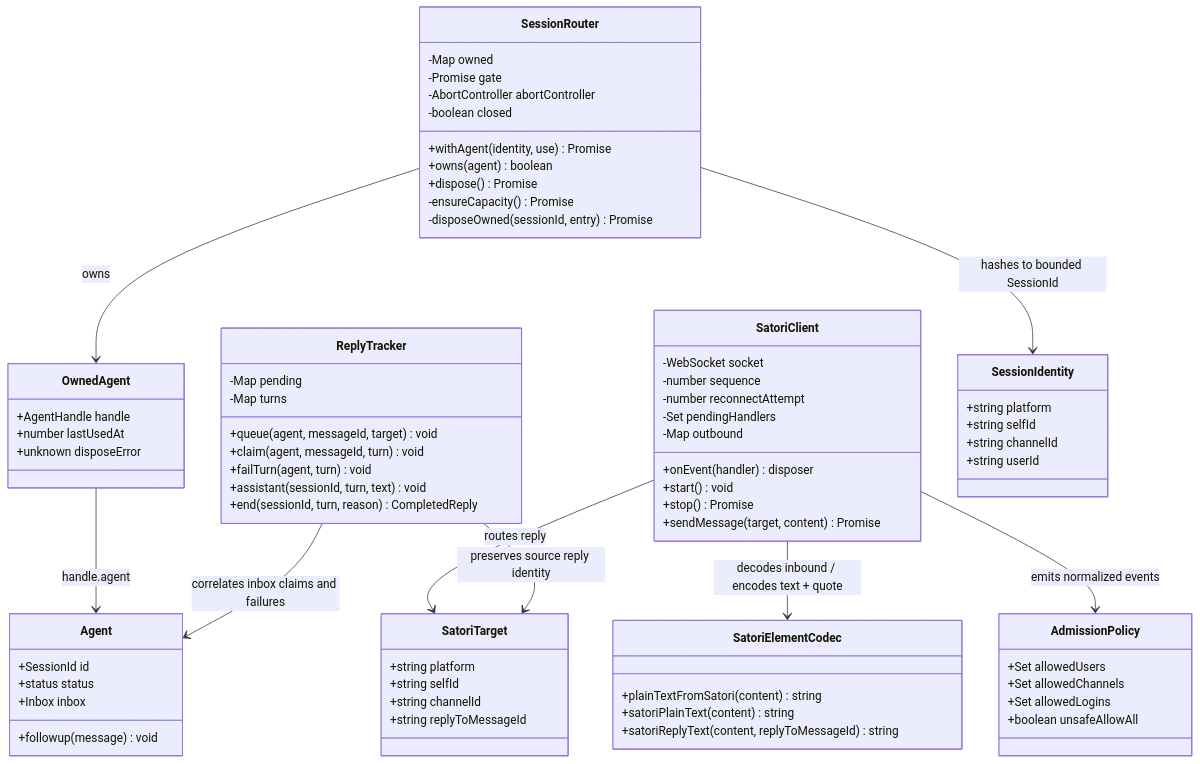
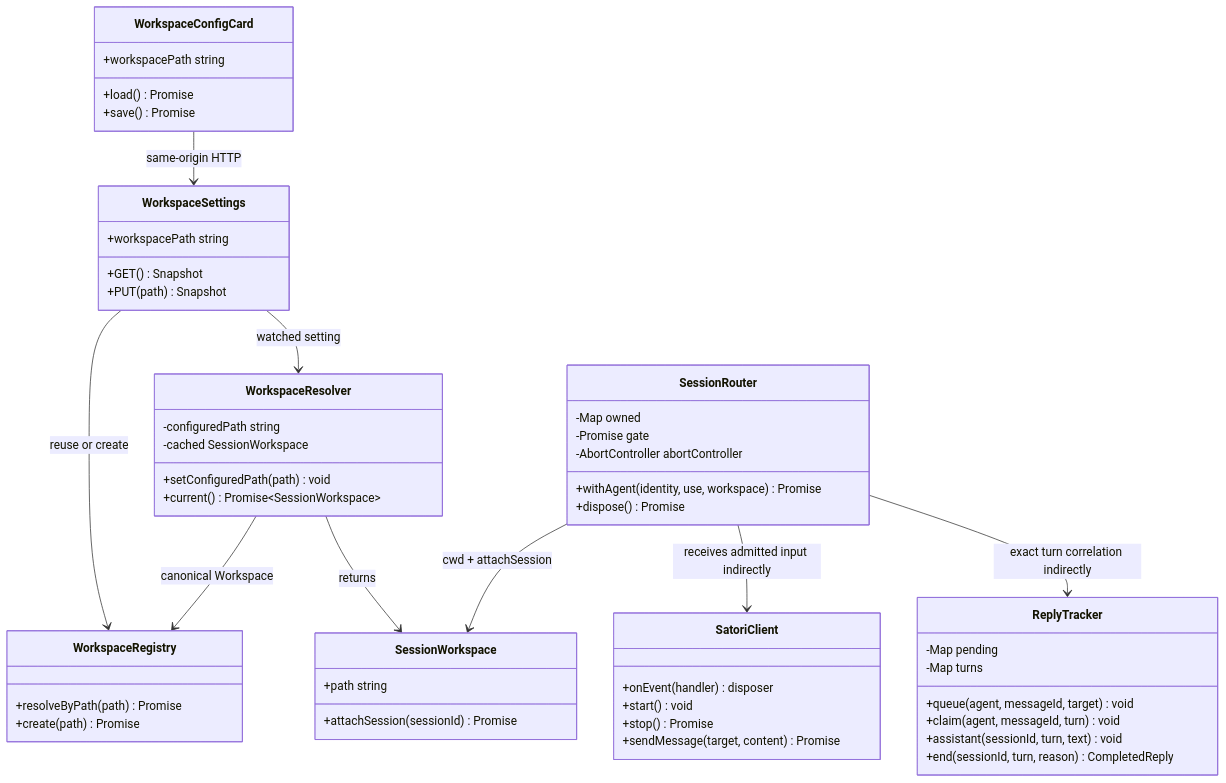
Before and after one commit to Ri0n72Y/dsh-satori: the diagram in docs/uml.md, drawn with Mermaid. The commit also changed 6 other files, not shown here.

Commit message:
docs: document Satori workspace configuration

````diff
--- a/docs/uml.md
+++ b/docs/uml.md
@@ -3,46 +3,42 @@
 ```mermaid
 classDiagram
-    class SatoriClient {
-        -WebSocket socket
-        -number sequence
-        -number reconnectAttempt
-        -Set pendingHandlers
-        -Map outbound
-        +onEvent(handler) disposer
-        +start() void
-        +stop() Promise
-        +sendMessage(target, content) Promise
+    class WorkspaceConfigCard {
+        +workspacePath string
+        +load() Promise
+        +save() Promise
     }
 
-    class SatoriTarget {
-        +string platform
-        +string selfId
-        +string channelId
-        +string replyToMessageId
+    class WorkspaceSettings {
+        +workspacePath string
+        +GET() Snapshot
+        +PUT(path) Snapshot
     }
 
-    class SatoriElementCodec {
-        +plainTextFromSatori(content) string
-        +satoriPlainText(content) string
-        +satoriReplyText(content, replyToMessageId) string
+    class WorkspaceResolver {
+        -configuredPath string
+        -cached SessionWorkspace
+        +setConfiguredPath(path) void
+        +current() Promise~SessionWorkspace~
+    }
+
+    class SessionWorkspace {
+        +path string
+        +attachSession(sessionId) Promise
     }
 
     class SessionRouter {
         -Map owned
         -Promise gate
         -AbortController abortController
-        -boolean closed
-        +withAgent(identity, use) Promise
-        +owns(agent) boolean
+        +withAgent(identity, use, workspace) Promise
         +dispose() Promise
-        -ensureCapacity() Promise
-        -disposeOwned(sessionId, entry) Promise
     }
 
-    class OwnedAgent {
-        +AgentHandle handle
-        +number lastUsedAt
-        +unknown disposeError
+    class SatoriClient {
+        +onEvent(handler) disposer
+        +start() void
+        +stop() Promise
+        +sendMessage(target, content) Promise
     }
 
     class ReplyTracker {
@@ -50,38 +46,21 @@
         -Map turns
         +queue(agent, messageId, target) void
         +claim(agent, messageId, turn) void
-        +failTurn(agent, turn) void
         +assistant(sessionId, turn, text) void
         +end(sessionId, turn, reason) CompletedReply
     }
 
-    class AdmissionPolicy {
-        +Set allowedUsers
-        +Set allowedChannels
-        +Set allowedLogins
-        +boolean unsafeAllowAll
+    class WorkspaceRegistry {
+        +resolveByPath(path) Promise
+        +create(path) Promise
     }
 
-    class SessionIdentity {
-        +string platform
-        +string selfId
-        +string channelId
-        +string userId
-    }
-
-    class Agent {
-        +SessionId id
-        +followup(message) void
-        +status status
-        +Inbox inbox
-    }
-
-    SatoriClient --> SatoriTarget : routes reply
-    SatoriClient --> SatoriElementCodec : decodes inbound / encodes text + quote
-    SatoriClient --> AdmissionPolicy : emits normalized events
-    SessionRouter --> SessionIdentity : hashes to bounded SessionId
-    SessionRouter --> OwnedAgent : owns
-    OwnedAgent --> Agent : handle.agent
-    ReplyTracker --> SatoriTarget : preserves source reply identity
-    ReplyTracker --> Agent : correlates inbox claims and failures
+    WorkspaceConfigCard --> WorkspaceSettings : same-origin HTTP
+    WorkspaceSettings --> WorkspaceRegistry : reuse or create
+    WorkspaceSettings --> WorkspaceResolver : watched setting
+    WorkspaceResolver --> WorkspaceRegistry : canonical Workspace
+    WorkspaceResolver --> SessionWorkspace : returns
+    SessionRouter --> SessionWorkspace : cwd + attachSession
+    SessionRouter --> SatoriClient : receives admitted input indirectly
+    SessionRouter --> ReplyTracker : exact turn correlation indirectly
 ```
````
